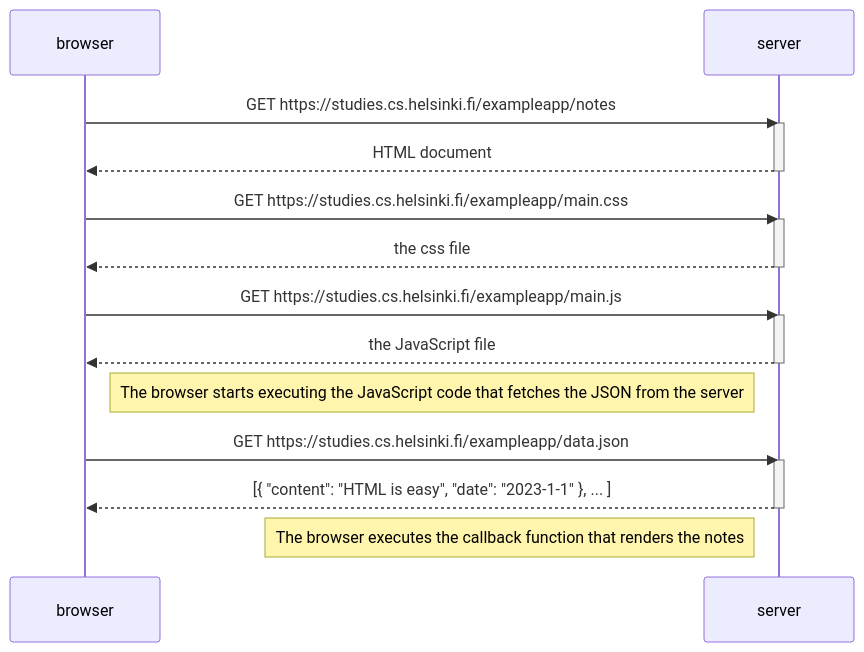
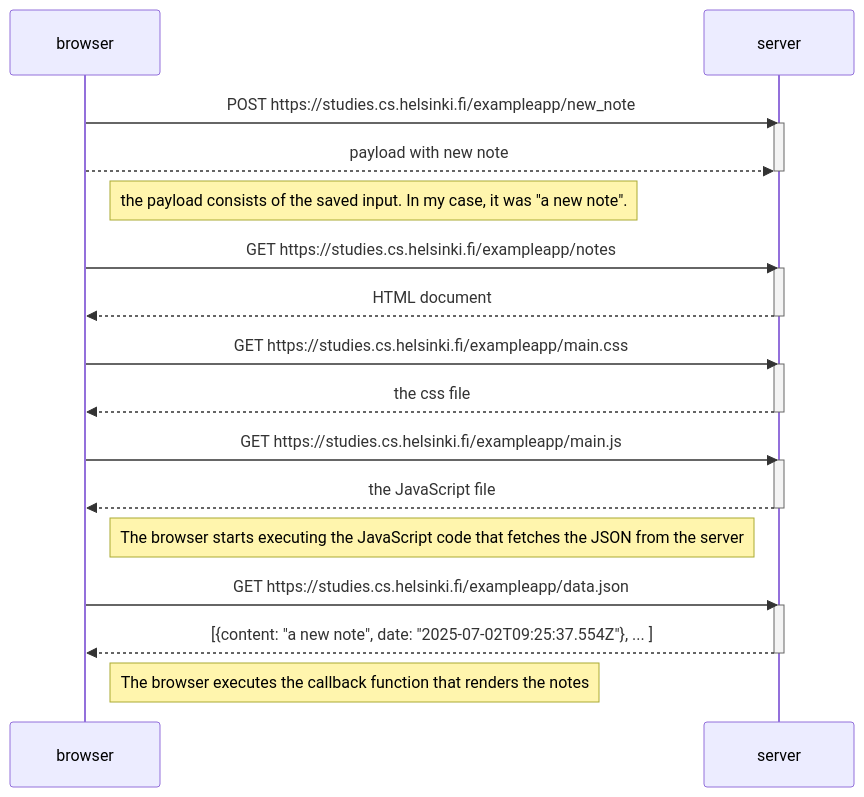
Before and after one commit to FjjDessoyCaraballo/fullStackOpen: the diagram in part0/0.4.md, drawn with Mermaid.

Commit message:
feat: part0/0.4 done

````diff
--- a/part0/0.4.md
+++ b/part0/0.4.md
@@ -1,29 +1,36 @@
 ```mermaid
 sequenceDiagram
     participant browser
     participant server
+
+    browser->>server: POST https://studies.cs.helsinki.fi/exampleapp/new_note
+    activate server
+    browser-->>server: payload with new note
+    deactivate server
+
+    Note right of browser: the payload consists of the saved input. In my case, it was "a new note".
 
     browser->>server: GET https://studies.cs.helsinki.fi/exampleapp/notes
     activate server
     server-->>browser: HTML document
     deactivate server
 
     browser->>server: GET https://studies.cs.helsinki.fi/exampleapp/main.css
     activate server
     server-->>browser: the css file
     deactivate server
 
     browser->>server: GET https://studies.cs.helsinki.fi/exampleapp/main.js
     activate server
     server-->>browser: the JavaScript file
     deactivate server
 
     Note right of browser: The browser starts executing the JavaScript code that fetches the JSON from the server
 
     browser->>server: GET https://studies.cs.helsinki.fi/exampleapp/data.json
     activate server
-    server-->>browser: [{ "content": "HTML is easy", "date": "2023-1-1" }, ... ]
+    server-->>browser: [{content: "a new note", date: "2025-07-02T09:25:37.554Z"}, ... ]
     deactivate server
 
-    Note left of server: The browser executes the callback function that renders the notes
+    Note right of browser: The browser executes the callback function that renders the notes
 ```
````
